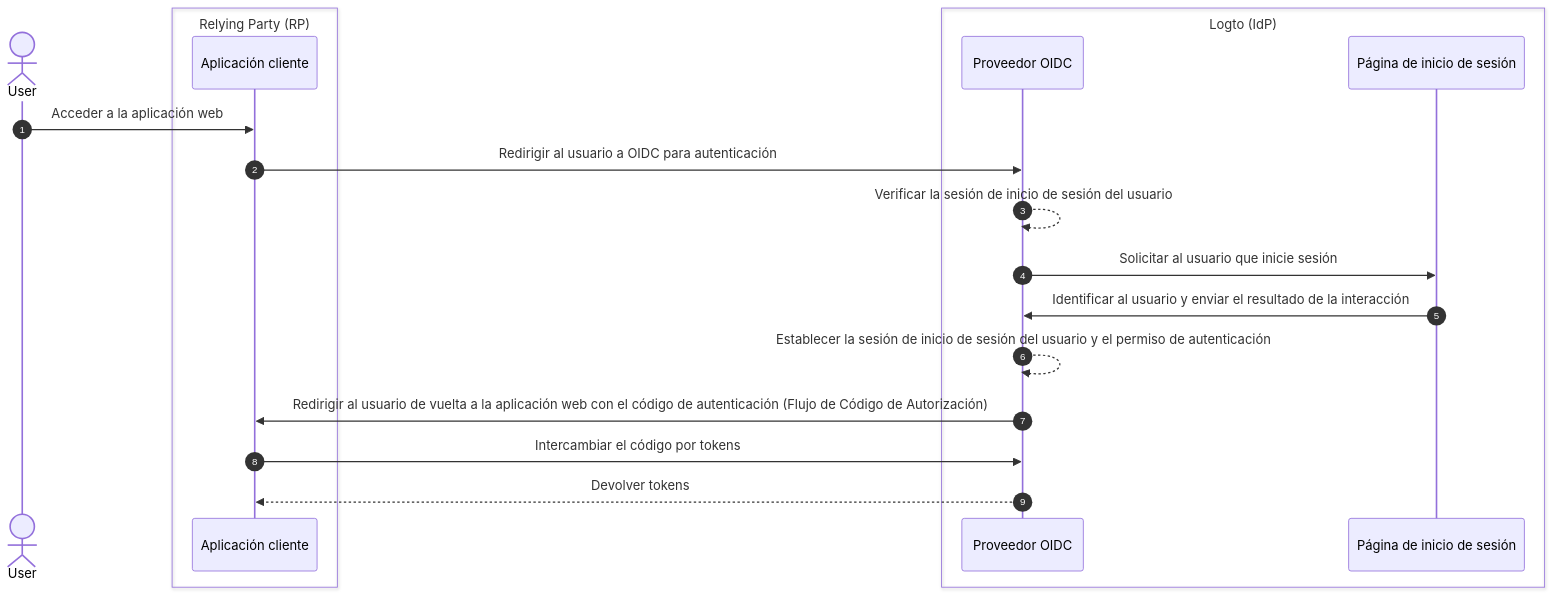
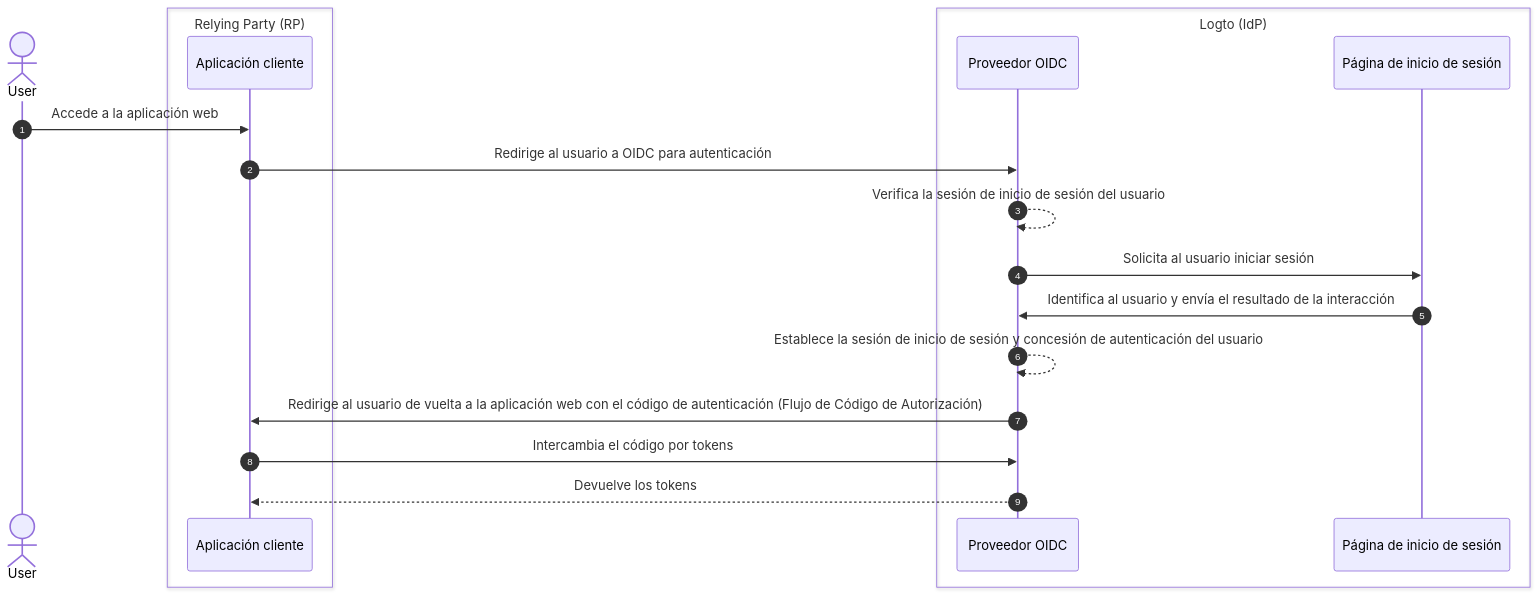
The first of 3 diagrams in i18n/es/docusaurus-plugin-content-docs/current/end-user-flows/sign-out.mdx (logto-io/docs), drawn with Mermaid before and after one commit. The commit also changed other lines of this file and 162 other files, not shown here.

````diff
--- a/i18n/es/docusaurus-plugin-content-docs/current/end-user-flows/sign-out.mdx
+++ b/i18n/es/docusaurus-plugin-content-docs/current/end-user-flows/sign-out.mdx
@@ -13,24 +13,24 @@
 ```mermaid
   sequenceDiagram
     autonumber
     actor User
 
     box Relying Party (RP)
       participant Client as Aplicación cliente
     end
 
     box Logto (IdP)
       participant OIDC as Proveedor OIDC
       participant SignIn as Página de inicio de sesión
     end
 
-    User ->> Client: Acceder a la aplicación web
-    Client ->> OIDC: Redirigir al usuario a OIDC para autenticación
-    OIDC -->> OIDC: Verificar la sesión de inicio de sesión del usuario
-    OIDC ->> SignIn: Solicitar al usuario que inicie sesión
-    SignIn ->> OIDC: Identificar al usuario y enviar el resultado de la interacción
-    OIDC -->> OIDC: Establecer la sesión de inicio de sesión del usuario y el permiso de autenticación
-    OIDC ->> Client: Redirigir al usuario de vuelta a la aplicación web con el código de autenticación (Flujo de Código de Autorización)
-    Client ->> OIDC: Intercambiar el código por tokens
-    OIDC -->> Client: Devolver tokens
+    User ->> Client: Accede a la aplicación web
+    Client ->> OIDC: Redirige al usuario a OIDC para autenticación
+    OIDC -->> OIDC: Verifica la sesión de inicio de sesión del usuario
+    OIDC ->> SignIn: Solicita al usuario iniciar sesión
+    SignIn ->> OIDC: Identifica al usuario y envía el resultado de la interacción
+    OIDC -->> OIDC: Establece la sesión de inicio de sesión y concesión de autenticación del usuario
+    OIDC ->> Client: Redirige al usuario de vuelta a la aplicación web con el código de autenticación (Flujo de Código de Autorización)
+    Client ->> OIDC: Intercambia el código por tokens
+    OIDC -->> Client: Devuelve los tokens
 ```
````
